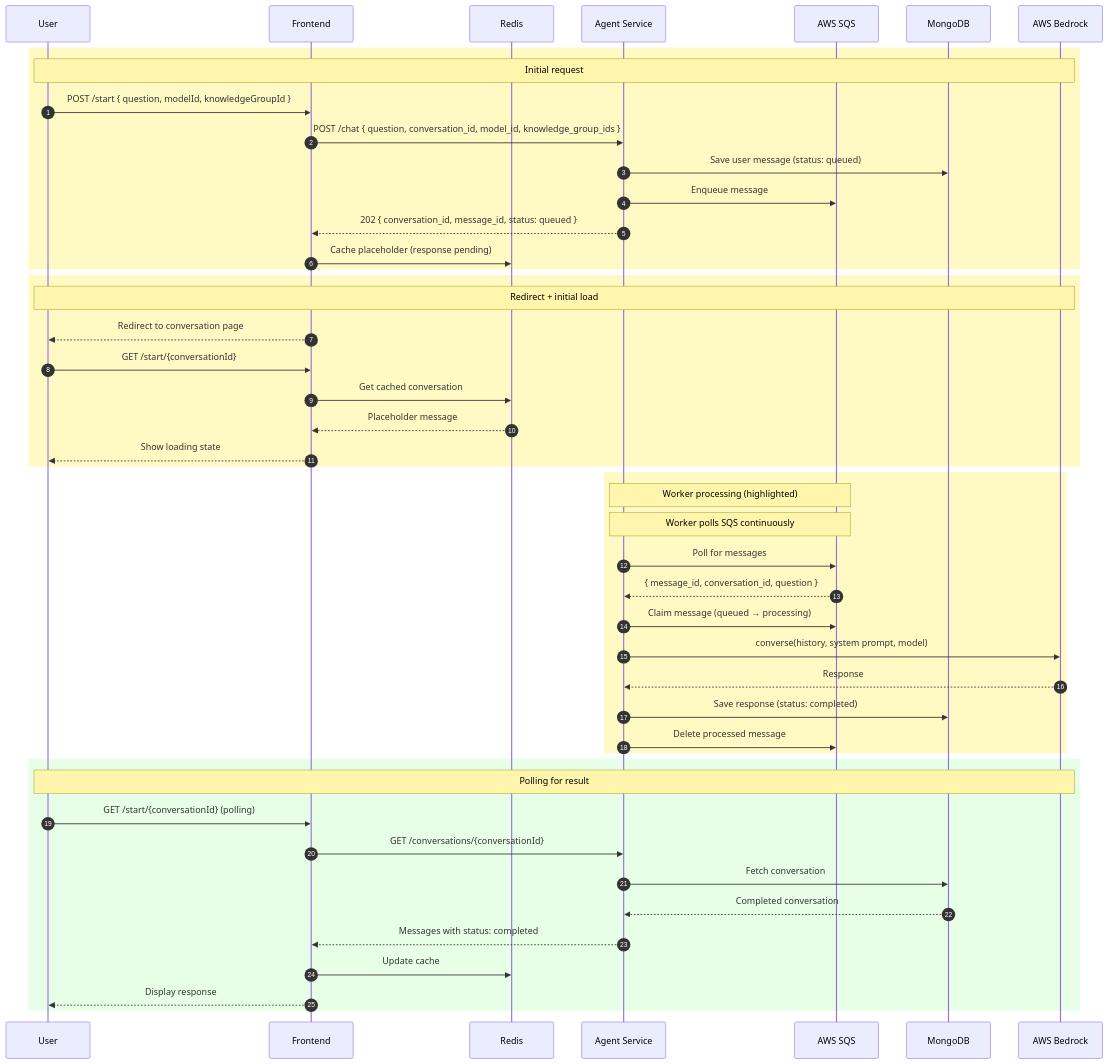
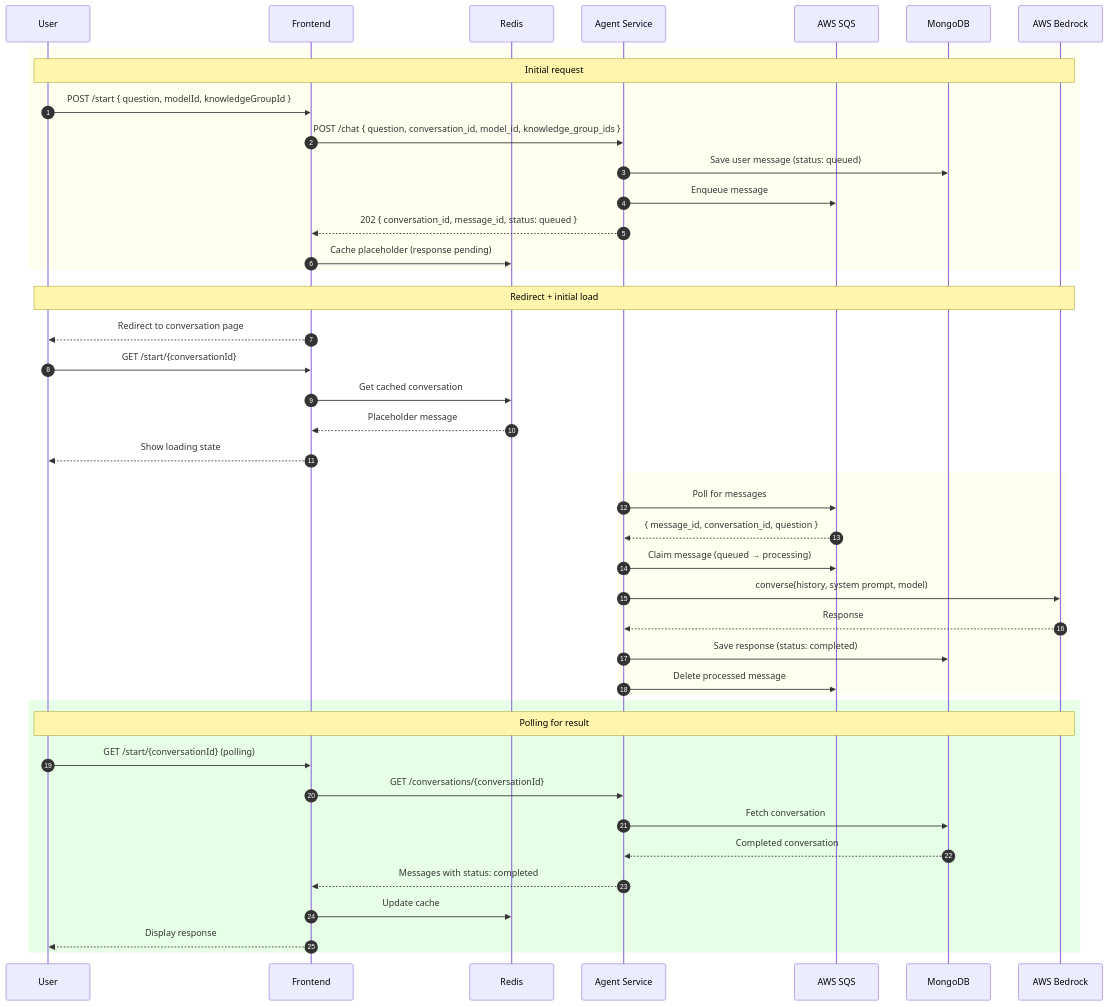
Before and after one commit to Underwoodt/ai-assistant-docs: the fourth of 7 diagrams in ai-defra-search/docs-developer/ARCHITECTURE.md, drawn with Mermaid.

````diff
--- a/ai-defra-search/docs-developer/ARCHITECTURE.md
+++ b/ai-defra-search/docs-developer/ARCHITECTURE.md
@@ -128,53 +128,52 @@
 ```mermaid
 sequenceDiagram
     autonumber
     participant U as User
     participant F as Frontend
     participant R as Redis
     participant A as Agent Service
     participant Q as AWS SQS
     participant M as MongoDB
     participant B as AWS Bedrock
 
-    rect rgb(255, 249, 196)
+    rect rgb(255, 255, 240)
         Note over U,B: Initial request
         U->>F: POST /start { question, modelId, knowledgeGroupId }
         F->>A: POST /chat { question, conversation_id, model_id, knowledge_group_ids }
         A->>M: Save user message (status: queued)
         A->>Q: Enqueue message
         A-->>F: 202 { conversation_id, message_id, status: queued }
         F->>R: Cache placeholder (response pending)
     end
 
-    rect rgb(255, 249, 196)
+    rect rgb(255, 255, 255)
         Note over U,B: Redirect + initial load
         F-->>U: Redirect to conversation page
         U->>F: GET /start/{conversationId}
         F->>R: Get cached conversation
         R-->>F: Placeholder message
         F-->>U: Show loading state
     end
 
-    rect rgb(255, 249, 196)
-        Note over A,Q: Worker processing (highlighted)
-        Note over A,Q: Worker polls SQS continuously
+    rect rgb(255, 255, 240)
+
         A->>Q: Poll for messages
         Q-->>A: { message_id, conversation_id, question }
         A->>Q: Claim message (queued → processing)
         A->>B: converse(history, system prompt, model)
         B-->>A: Response
         A->>M: Save response (status: completed)
         A->>Q: Delete processed message
     end
 
     rect rgb(230, 255, 230)
         Note over U,B: Polling for result
         U->>F: GET /start/{conversationId} (polling)
         F->>A: GET /conversations/{conversationId}
         A->>M: Fetch conversation
         M-->>A: Completed conversation
         A-->>F: Messages with status: completed
         F->>R: Update cache
         F-->>U: Display response
     end
 ```
````
